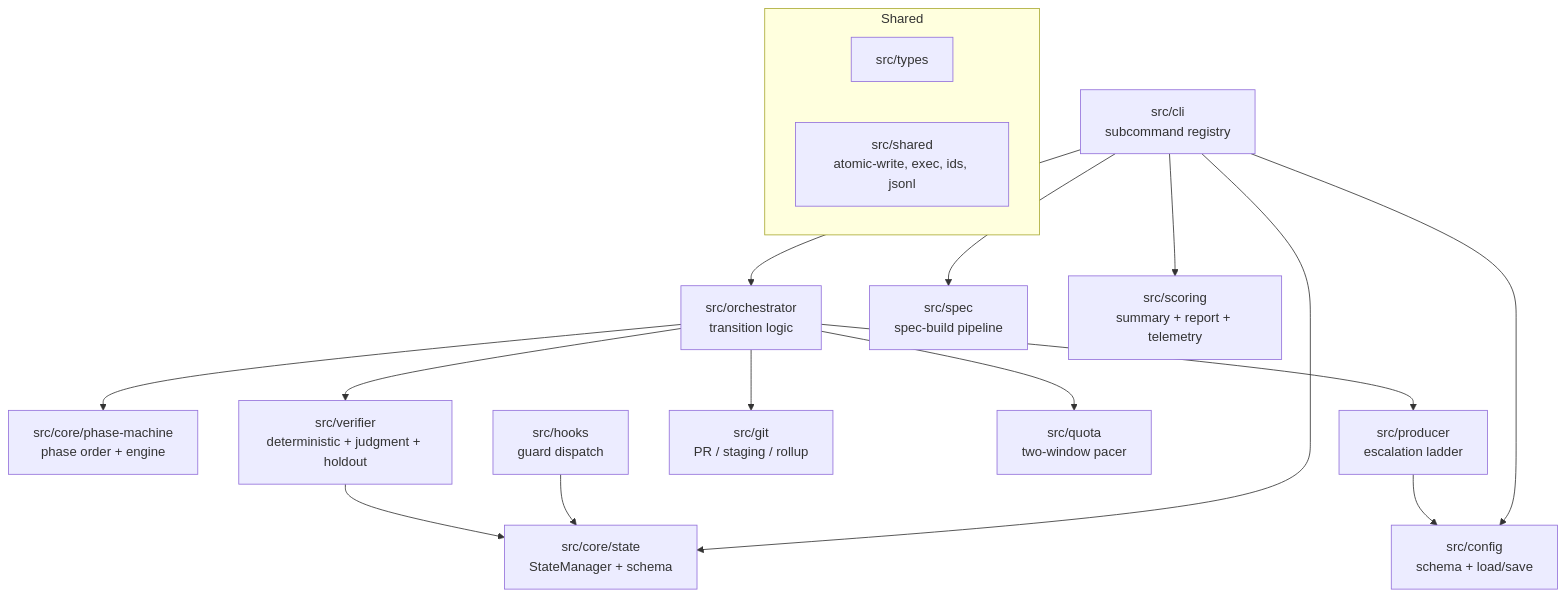
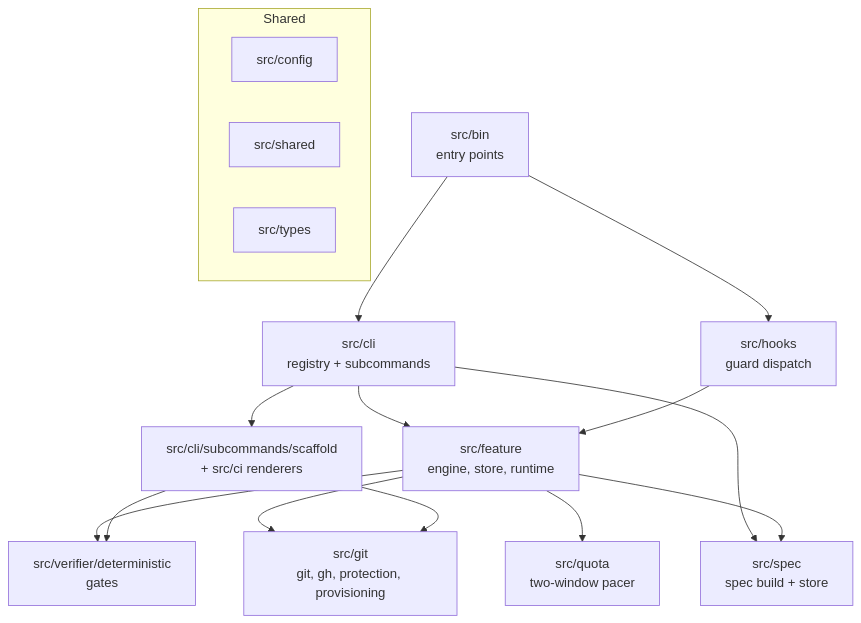
One commit to jfa94/factory changed the diagram in docs/architecture/components.md. Above: the diagram before and after it, drawn with Mermaid. The commit also changed other lines of this file and 25 other files, not shown here.

````diff
--- a/docs/architecture/components.md
+++ b/docs/architecture/components.md
@@ -11,20 +6,20 @@
 ```mermaid
 graph TD
-  CLI[src/cli<br/>subcommand registry] --> Orch[src/orchestrator<br/>transition logic]
-  CLI --> State[src/core/state<br/>StateManager + schema]
-  Orch --> Phase[src/core/phase-machine<br/>phase order + engine]
-  Orch --> Producer[src/producer<br/>escalation ladder]
-  Orch --> Verifier[src/verifier<br/>deterministic + judgment + holdout]
-  Orch --> Git[src/git<br/>PR / staging / rollup]
-  Orch --> Quota[src/quota<br/>two-window pacer]
-  CLI --> Spec[src/spec<br/>spec-build pipeline]
-  CLI --> Scoring[src/scoring<br/>summary + report + telemetry]
-  CLI --> Config[src/config<br/>schema + load/save]
-  Hooks[src/hooks<br/>guard dispatch] --> State
-  Verifier --> State
-  Producer --> Config
+  Bin[src/bin<br/>entry points] --> CLI[src/cli<br/>registry + subcommands]
+  Bin --> Hooks[src/hooks<br/>guard dispatch]
+  CLI --> Feature[src/feature<br/>engine, store, runtime]
+  CLI --> Spec[src/spec<br/>spec build + store]
+  CLI --> Scaffold[src/cli/subcommands/scaffold<br/>+ src/ci renderers]
+  Feature --> Verifier[src/verifier/deterministic<br/>gates]
+  Feature --> Git[src/git<br/>git, gh, protection, provisioning]
+  Feature --> Quota[src/quota<br/>two-window pacer]
+  Feature --> Spec
+  Scaffold --> Git
+  Scaffold --> Verifier
+  Hooks --> Feature
   subgraph Shared
+    Config[src/config]
+    Sh[src/shared]
     Types[src/types]
-    Sh[src/shared<br/>atomic-write, exec, ids, jsonl]
   end
 ```
````
